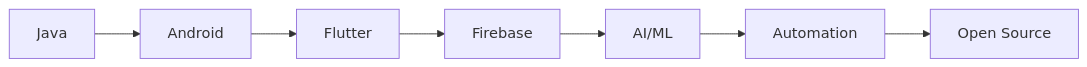
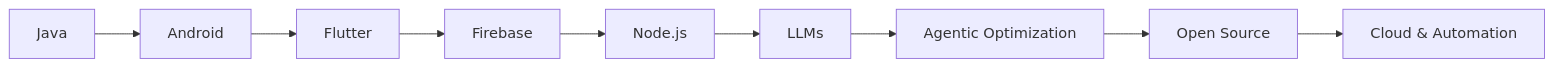
One commit to ubaidutor/ubaidutor changed the first of 2 diagrams in README.md. Above: the diagram before and after it, drawn with Mermaid. The commit also changed other lines of this file, not shown here.

````diff
--- a/README.md
+++ b/README.md
@@ -251,9 +129,11 @@
 ```mermaid
 graph LR
   A[Java] --> B[Android]
   B --> C[Flutter]
   C --> D[Firebase]
-  D --> E[AI/ML]
-  E --> F[Automation]
-  F --> G[Open Source]
+  D --> E[Node.js]
+  E --> F[LLMs]
+  F --> G[Agentic Optimization]
+  G --> H[Open Source]
+  H --> I[Cloud & Automation]
 ```
````
